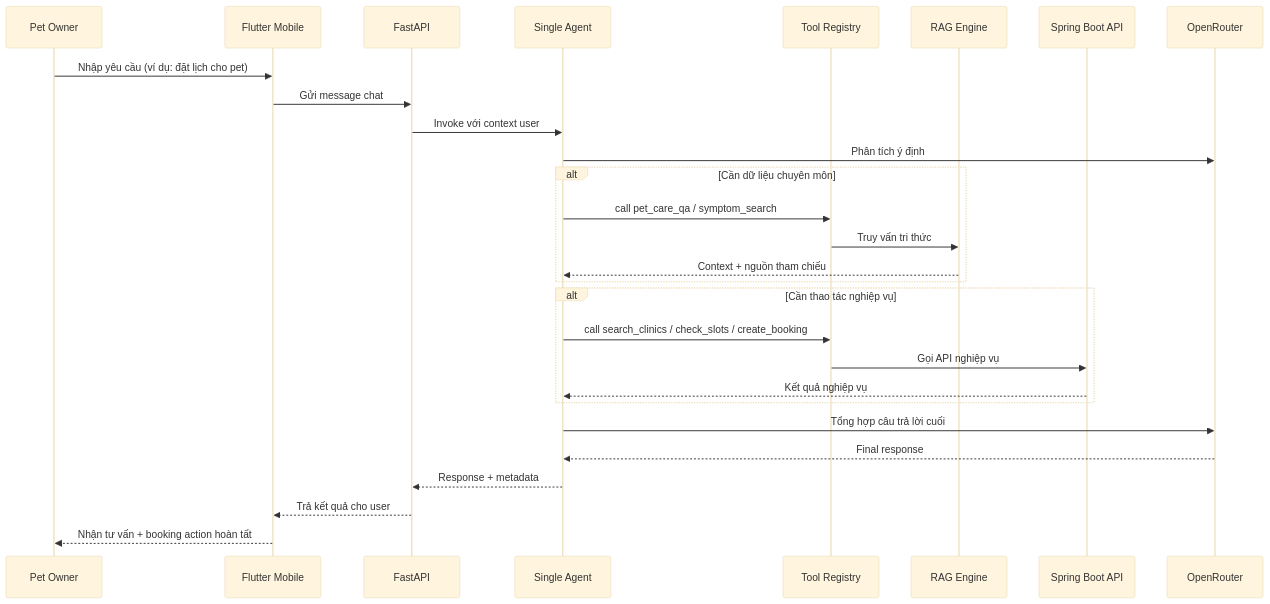
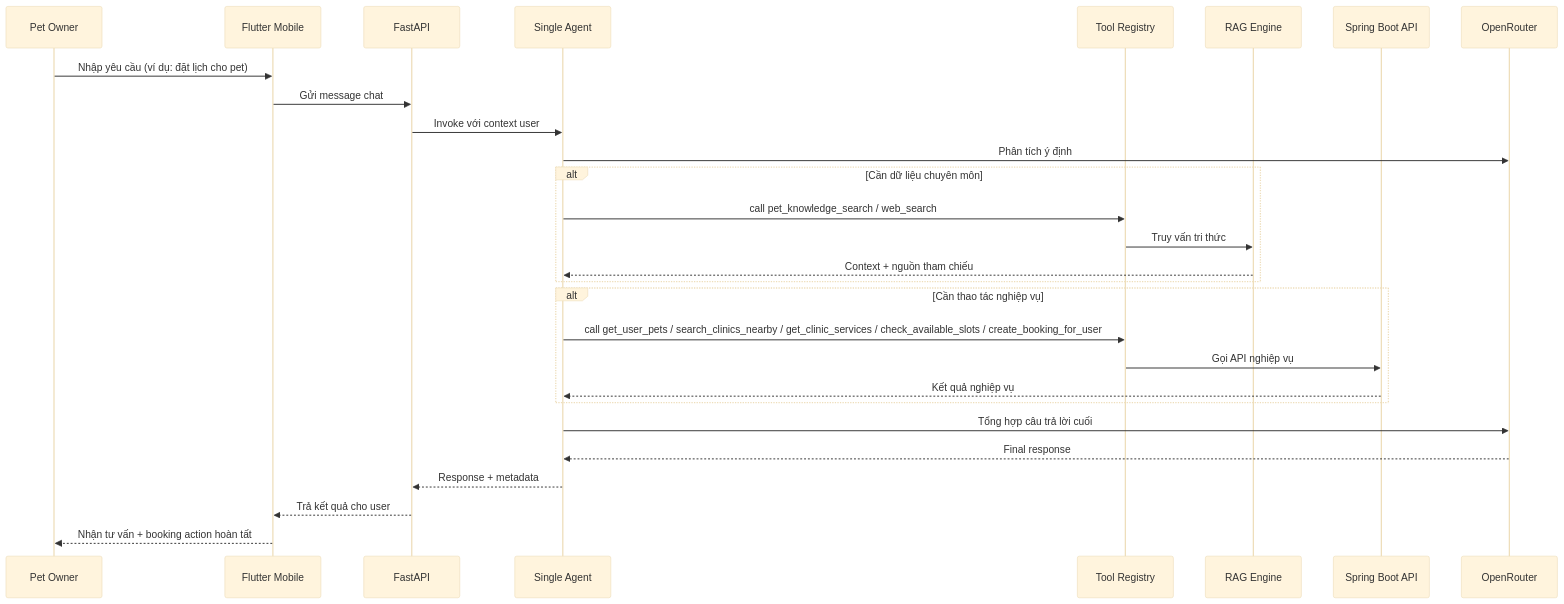
The third of 5 diagrams in docs-references/documentation/EVALUATION_ANSWERS_AND_SLIDES.md (espresso23/Petties-Veterinary-Appointment-Booking-Platform), drawn with Mermaid (base theme) before and after one commit. The commit also changed other lines of this file and 108 other files, not shown here.

First line of the commit message:
feat(ai): add business chat booking flow and sync platform docs

````diff
--- a/docs-references/documentation/EVALUATION_ANSWERS_AND_SLIDES.md
+++ b/docs-references/documentation/EVALUATION_ANSWERS_AND_SLIDES.md
@@ -232,30 +232,30 @@
 ```mermaid
 sequenceDiagram
     participant User as Pet Owner
     participant Mobile as Flutter Mobile
     participant API as FastAPI
     participant Agent as Single Agent
     participant Tools as Tool Registry
     participant RAG as RAG Engine
     participant Spring as Spring Boot API
     participant LLM as OpenRouter
     User->>Mobile: Nhập yêu cầu (ví dụ: đặt lịch cho pet)
     Mobile->>API: Gửi message chat
     API->>Agent: Invoke với context user
     Agent->>LLM: Phân tích ý định
     alt Cần dữ liệu chuyên môn
-        Agent->>Tools: call pet_care_qa / symptom_search
+        Agent->>Tools: call pet_knowledge_search / web_search
         Tools->>RAG: Truy vấn tri thức
         RAG-->>Agent: Context + nguồn tham chiếu
     end
     alt Cần thao tác nghiệp vụ
-        Agent->>Tools: call search_clinics / check_slots / create_booking
+        Agent->>Tools: call get_user_pets / search_clinics_nearby / get_clinic_services / check_available_slots / create_booking_for_user
         Tools->>Spring: Gọi API nghiệp vụ
         Spring-->>Agent: Kết quả nghiệp vụ
     end
     Agent->>LLM: Tổng hợp câu trả lời cuối
     LLM-->>Agent: Final response
     Agent-->>API: Response + metadata
     API-->>Mobile: Trả kết quả cho user
     Mobile-->>User: Nhận tư vấn + booking action hoàn tất
 ```
````
